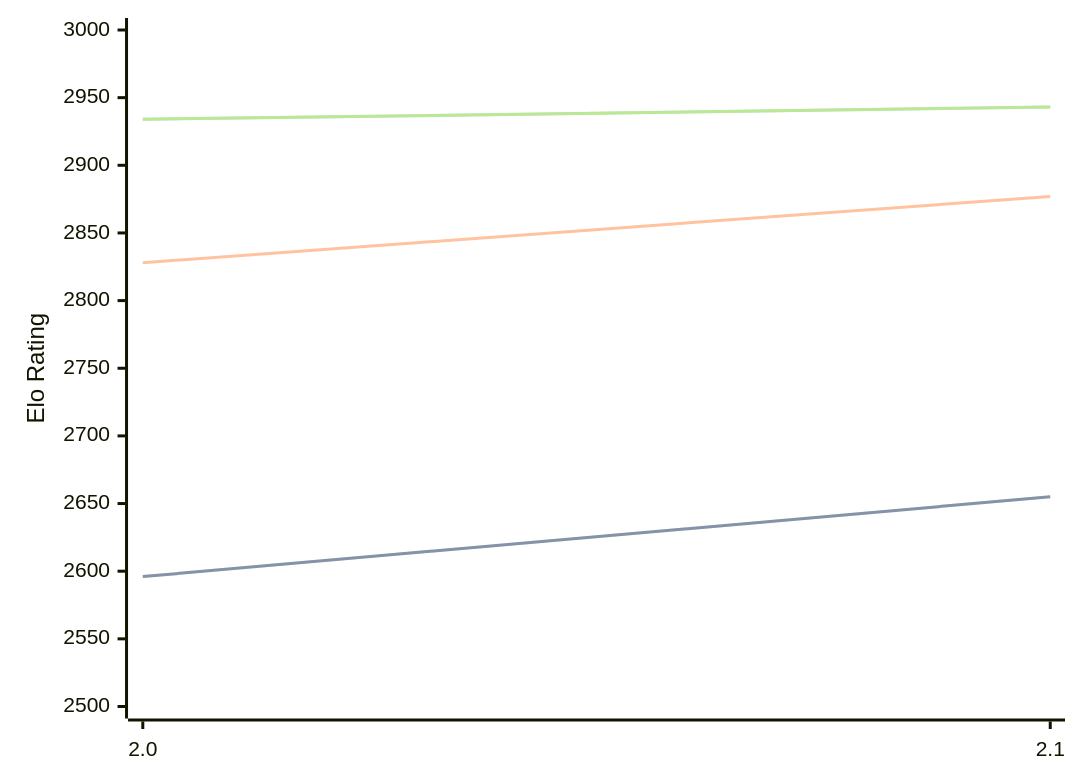
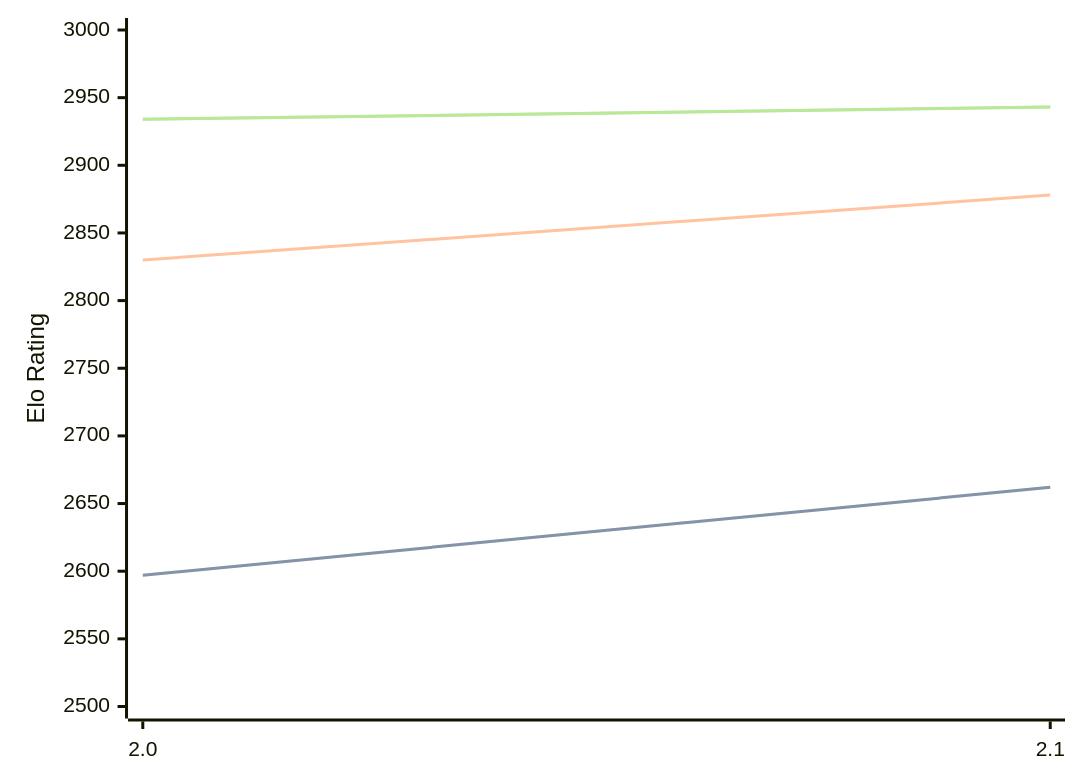
One commit to computer-chess-index/cci changed the diagram in engines/Noggin.md. Above: the diagram before and after it, drawn with Mermaid. The commit also changed other lines of this file, not shown here.

````diff
--- a/engines/Noggin.md
+++ b/engines/Noggin.md
@@ -33,11 +33,11 @@
 ```mermaid
 %%{init: {"theme":"base","themeVariables":{"seriesColors:['#a3a3a3','#222221','#faa371']}}}%%
 xychart-beta
   x-axis ["2.0", "2.1"]
   y-axis "Elo Rating" 2500 --> 3000
-  line "STC (8.0+0.08s)" [2596, 2655]
-  line "STC (8.0+0.08s)" [2596, 2655]
-  line "LTC (60.0+0.60s)" [2828, 2877]
+  line "STC (8.0+0.08s)" [2597, 2662]
+  line "STC (8.0+0.08s)" [2597, 2662]
+  line "LTC (60.0+0.60s)" [2830, 2878]
   line "VLTC (2m24s+1.12s)" [2934, 2943]
   line "VLTC (2m24s+1.12s)" [2934, 2943]
 ```
````
